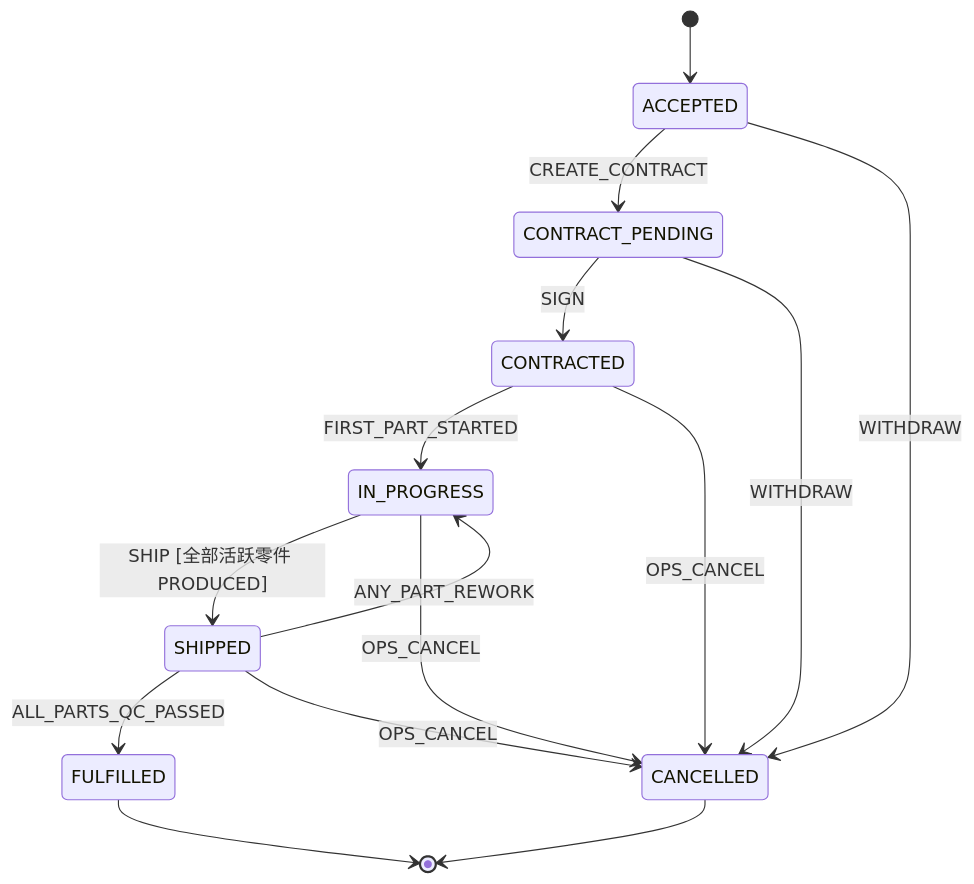
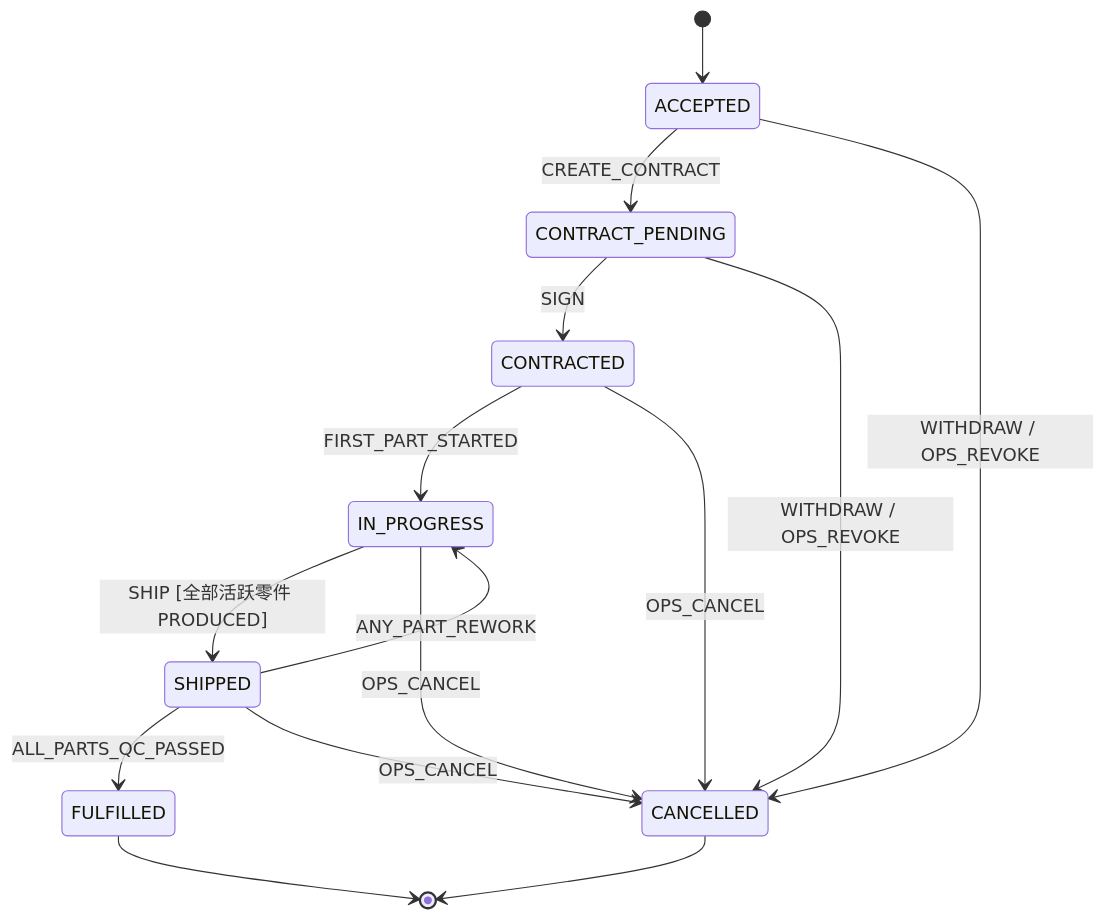
One commit to yubeining/yuhao_website changed the third of 4 diagrams in docs/design/12-订单与零件状态机.md. Above: the diagram before and after it, drawn with Mermaid. The commit also changed other lines of this file and 1 other file, not shown here.

Commit message:
#0, doc, [docs] record the dispatch, contract and price decisions confirmed in person

````diff
--- a/docs/design/12-订单与零件状态机.md
+++ b/docs/design/12-订单与零件状态机.md
@@ -213,17 +223,17 @@
 ```mermaid
 stateDiagram-v2
     [*] --> ACCEPTED
     ACCEPTED --> CONTRACT_PENDING: CREATE_CONTRACT
     CONTRACT_PENDING --> CONTRACTED: SIGN
     CONTRACTED --> IN_PROGRESS: FIRST_PART_STARTED
     IN_PROGRESS --> SHIPPED: SHIP [全部活跃零件 PRODUCED]
     SHIPPED --> FULFILLED: ALL_PARTS_QC_PASSED
     SHIPPED --> IN_PROGRESS: ANY_PART_REWORK
-    ACCEPTED --> CANCELLED: WITHDRAW
-    CONTRACT_PENDING --> CANCELLED: WITHDRAW
+    ACCEPTED --> CANCELLED: WITHDRAW / OPS_REVOKE
+    CONTRACT_PENDING --> CANCELLED: WITHDRAW / OPS_REVOKE
     CONTRACTED --> CANCELLED: OPS_CANCEL
     IN_PROGRESS --> CANCELLED: OPS_CANCEL
     SHIPPED --> CANCELLED: OPS_CANCEL
     FULFILLED --> [*]
     CANCELLED --> [*]
 ```
````
